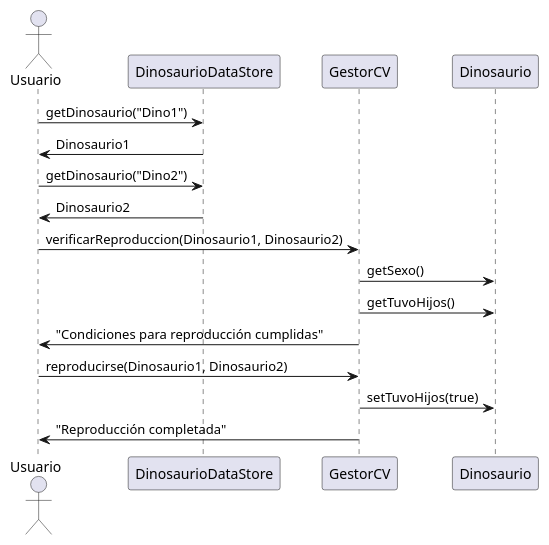
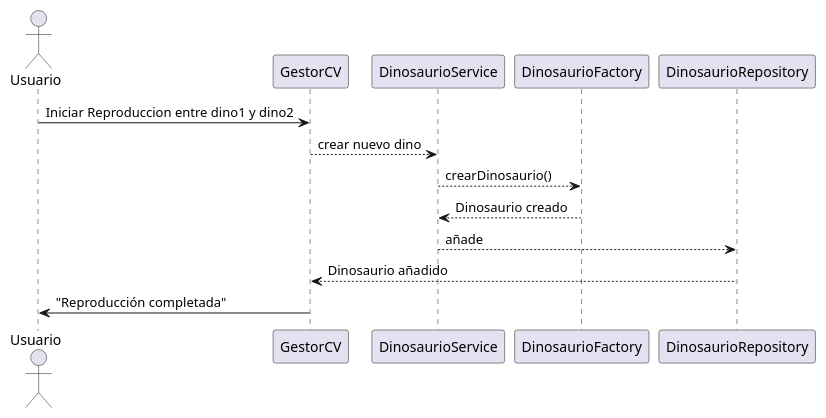
Before and after one commit to sssdark302/JurassicPark: the diagram in uml/Reproduccion.puml, drawn with PlantUML. The commit also changed 2 other files, not shown here.

Commit message:
fix/arreglar reproduccion en GestorCV + uml reproduccion

```diff
--- a/uml/Reproduccion.puml
+++ b/uml/Reproduccion.puml
@@ -1,18 +1,15 @@
 @startuml
 actor Usuario
-participant DinosaurioDataStore
 participant GestorCV
-participant Dinosaurio
+participant DinosaurioService
+participant DinosaurioFactory
+participant DinosaurioRepository
 
-Usuario -> DinosaurioDataStore : getDinosaurio("Dino1")
-DinosaurioDataStore -> Usuario : Dinosaurio1
-Usuario -> DinosaurioDataStore : getDinosaurio("Dino2")
-DinosaurioDataStore -> Usuario : Dinosaurio2
-Usuario -> GestorCV : verificarReproduccion(Dinosaurio1, Dinosaurio2)
-GestorCV -> Dinosaurio : getSexo()
-GestorCV -> Dinosaurio : getTuvoHijos()
-GestorCV -> Usuario : "Condiciones para reproducción cumplidas"
-Usuario -> GestorCV : reproducirse(Dinosaurio1, Dinosaurio2)
-GestorCV -> Dinosaurio : setTuvoHijos(true)
+Usuario -> GestorCV : Iniciar Reproduccion entre dino1 y dino2
+GestorCV --> DinosaurioService : crear nuevo dino
+DinosaurioService --> DinosaurioFactory : crearDinosaurio()
+DinosaurioFactory --> DinosaurioService : Dinosaurio creado
+DinosaurioService --> DinosaurioRepository : añade
+DinosaurioRepository --> GestorCV : Dinosaurio añadido
 GestorCV -> Usuario : "Reproducción completada"
 @enduml
```
